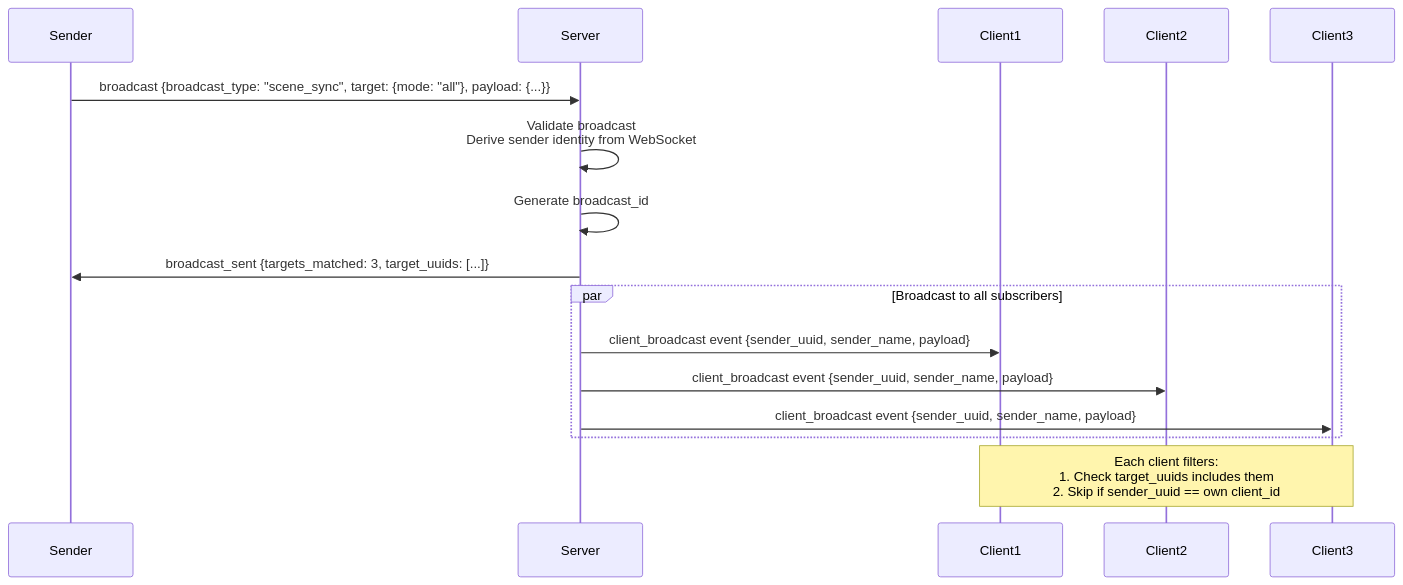
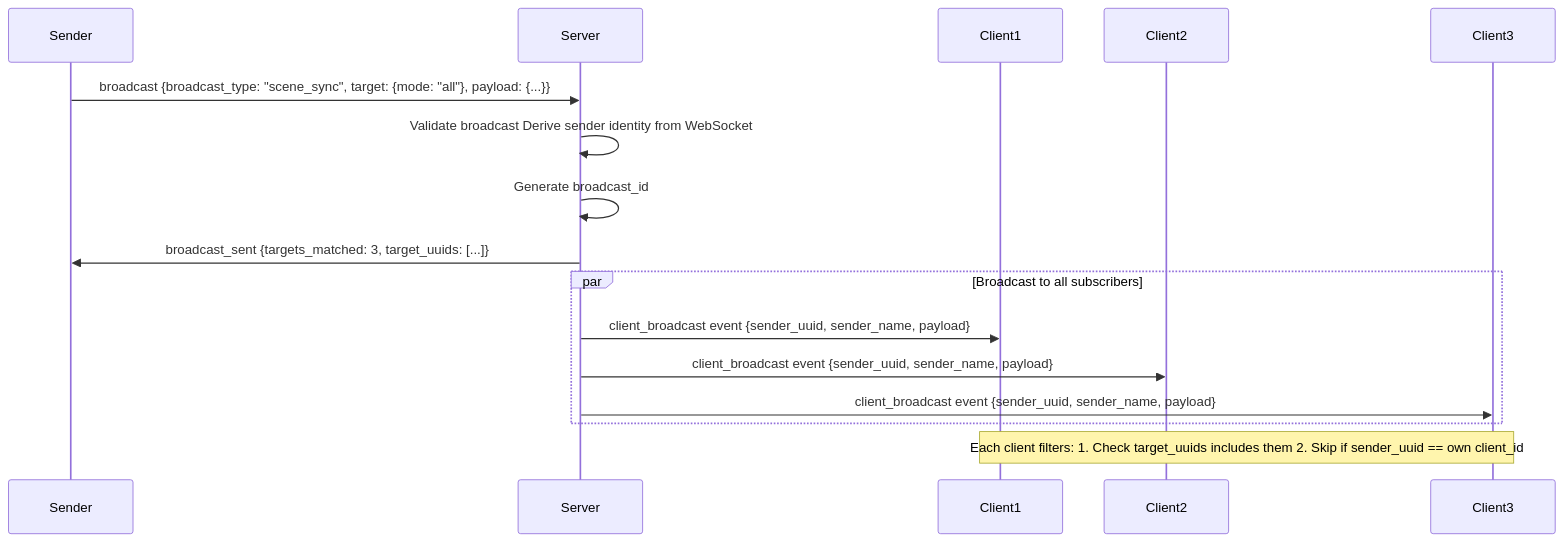
The third of 8 diagrams in docs/developer/websocket_client_examples.md (LedFx/LedFx), drawn with Mermaid before and after one commit. The commit also changed other lines of this file and 10 other files, not shown here.

````diff
--- a/docs/developer/websocket_client_examples.md
+++ b/docs/developer/websocket_client_examples.md
@@ -250,21 +250,21 @@
-```{mermaid}
+```mermaid
 sequenceDiagram
     participant Sender
     participant Server
     participant Client1
     participant Client2
     participant Client3
 
     Sender->>Server: broadcast {broadcast_type: "scene_sync", target: {mode: "all"}, payload: {...}}
-    Server->>Server: Validate broadcast<br/>Derive sender identity from WebSocket
+    Server->>Server: Validate broadcast Derive sender identity from WebSocket
     Server->>Server: Generate broadcast_id
     Server->>Sender: broadcast_sent {targets_matched: 3, target_uuids: [...]}
 
     par Broadcast to all subscribers
         Server->>Client1: client_broadcast event {sender_uuid, sender_name, payload}
         Server->>Client2: client_broadcast event {sender_uuid, sender_name, payload}
         Server->>Client3: client_broadcast event {sender_uuid, sender_name, payload}
     end
 
-    Note over Client1,Client3: Each client filters:<br/>1. Check target_uuids includes them<br/>2. Skip if sender_uuid == own client_id
+    Note over Client1,Client3: Each client filters: 1. Check target_uuids includes them 2. Skip if sender_uuid == own client_id
 ```
````
